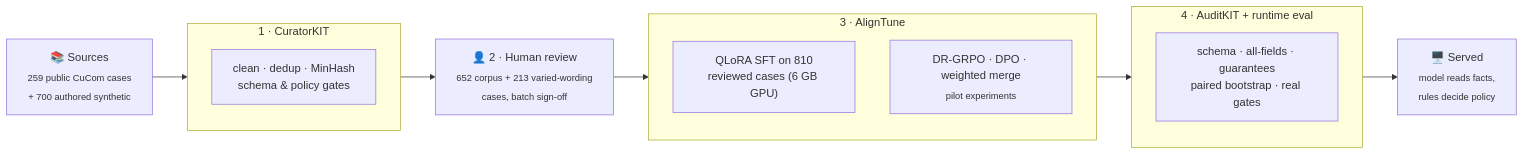
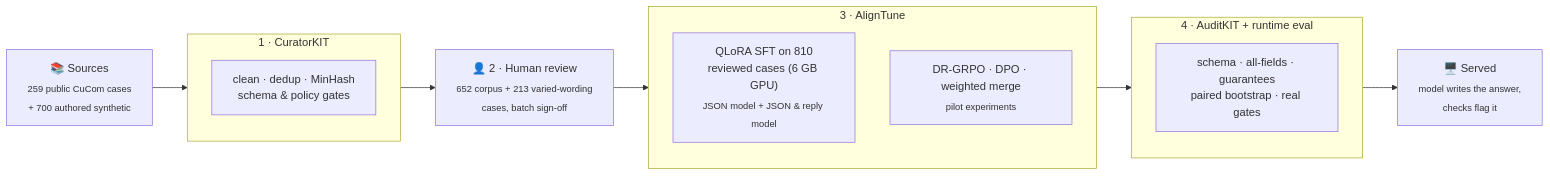
One commit to vishal88736/suraksha-merge changed the second of 2 diagrams in README.md. Above: the diagram before and after it, drawn with Mermaid. The commit also changed other lines of this file and 10 other files, not shown here.

````diff
--- a/README.md
+++ b/README.md
@@ -208,18 +220,18 @@
 ```mermaid
 flowchart LR
     S["📚 Sources<br/><sub>259 public CuCom cases<br/>+ 700 authored synthetic</sub>"] --> C
     subgraph C ["1 · CuratorKIT"]
       C1["clean · dedup · MinHash<br/>schema & policy gates"]
     end
     C --> H["👤 2 · Human review<br/><sub>652 corpus + 213 varied-wording<br/>cases, batch sign-off</sub>"]
     H --> T
     subgraph T ["3 · AlignTune"]
-      T1["QLoRA SFT on 810<br/>reviewed cases (6 GB GPU)"]
+      T1["QLoRA SFT on 810<br/>reviewed cases (6 GB GPU)<br/><sub>JSON model + JSON & reply model</sub>"]
       T2["DR-GRPO · DPO · weighted merge<br/><sub>pilot experiments</sub>"]
     end
     T --> A
     subgraph A ["4 · AuditKIT + runtime eval"]
       A1["schema · all-fields · guarantees<br/>paired bootstrap · real gates"]
     end
-    A --> M["🖥️ Served<br/><sub>model reads facts,<br/>rules decide policy</sub>"]
+    A --> M["🖥️ Served<br/><sub>model writes the answer,<br/>checks flag it</sub>"]
 ```
````
